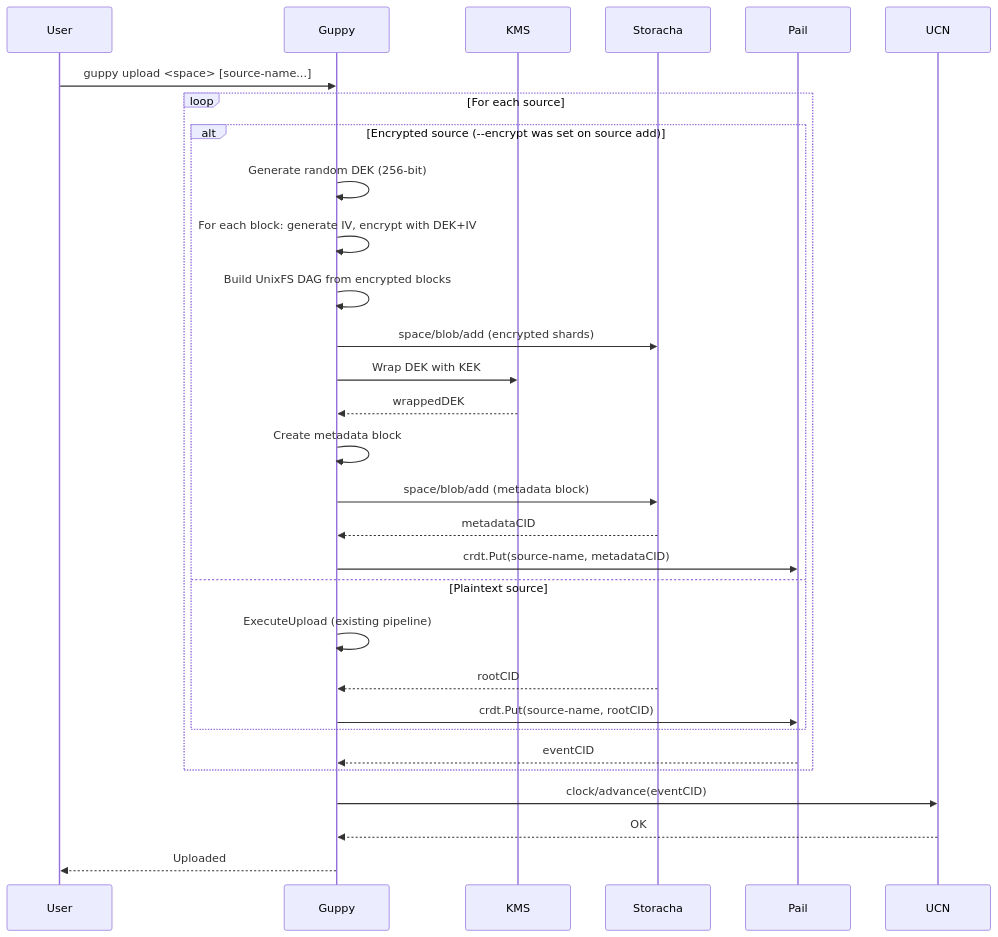
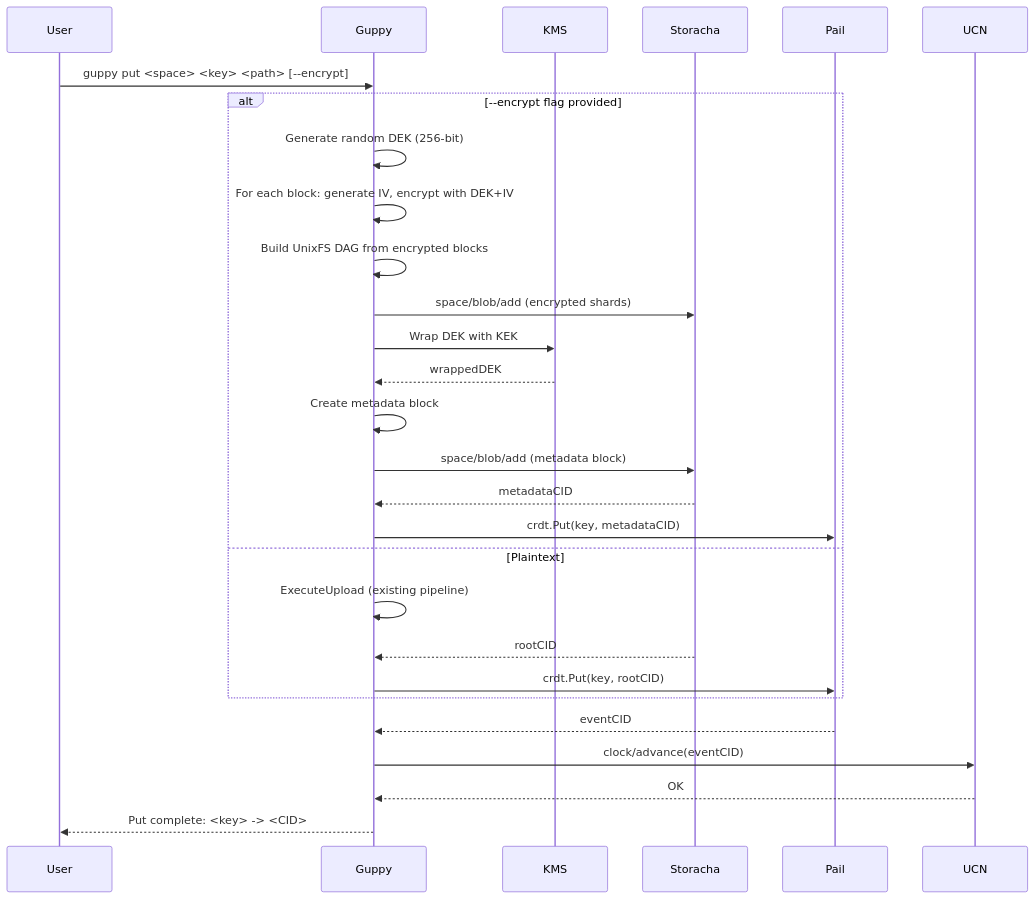
Before and after one commit to storacha/RFC: the second of 3 diagrams in rfc/forge-mutability.md, drawn with Mermaid. The commit also changed other lines of this file, not shown here.

````diff
--- a/rfc/forge-mutability.md
+++ b/rfc/forge-mutability.md
@@ -245,36 +296,34 @@
 ```mermaid
 sequenceDiagram
     participant User
     participant Guppy
     participant KMS
     participant Storacha
     participant Pail
     participant UCN
     
-    User->>Guppy: guppy upload <space> [source-name...]
+    User->>Guppy: guppy put <space> <key> <path> [--encrypt]
     
-    loop For each source
-        alt Encrypted source (--encrypt was set on source add)
-            Guppy->>Guppy: Generate random DEK (256-bit)
-            Guppy->>Guppy: For each block: generate IV, encrypt with DEK+IV
-            Guppy->>Guppy: Build UnixFS DAG from encrypted blocks
-            Guppy->>Storacha: space/blob/add (encrypted shards)
-            
-            Guppy->>KMS: Wrap DEK with KEK
-            KMS-->>Guppy: wrappedDEK
-            Guppy->>Guppy: Create metadata block
-            Guppy->>Storacha: space/blob/add (metadata block)
-            Storacha-->>Guppy: metadataCID
-            Guppy->>Pail: crdt.Put(source-name, metadataCID)
-        else Plaintext source
-            Guppy->>Guppy: ExecuteUpload (existing pipeline)
-            Storacha-->>Guppy: rootCID
-            Guppy->>Pail: crdt.Put(source-name, rootCID)
-        end
-        Pail-->>Guppy: eventCID
+    alt --encrypt flag provided
+        Guppy->>Guppy: Generate random DEK (256-bit)
+        Guppy->>Guppy: For each block: generate IV, encrypt with DEK+IV
+        Guppy->>Guppy: Build UnixFS DAG from encrypted blocks
+        Guppy->>Storacha: space/blob/add (encrypted shards)
+        
+        Guppy->>KMS: Wrap DEK with KEK
+        KMS-->>Guppy: wrappedDEK
+        Guppy->>Guppy: Create metadata block
+        Guppy->>Storacha: space/blob/add (metadata block)
+        Storacha-->>Guppy: metadataCID
+        Guppy->>Pail: crdt.Put(key, metadataCID)
+    else Plaintext
+        Guppy->>Guppy: ExecuteUpload (existing pipeline)
+        Storacha-->>Guppy: rootCID
+        Guppy->>Pail: crdt.Put(key, rootCID)
     end
+    Pail-->>Guppy: eventCID
     
     Guppy->>UCN: clock/advance(eventCID)
     UCN-->>Guppy: OK
-    Guppy-->>User: Uploaded
+    Guppy-->>User: Put complete: <key> -> <CID>
 ```
````
